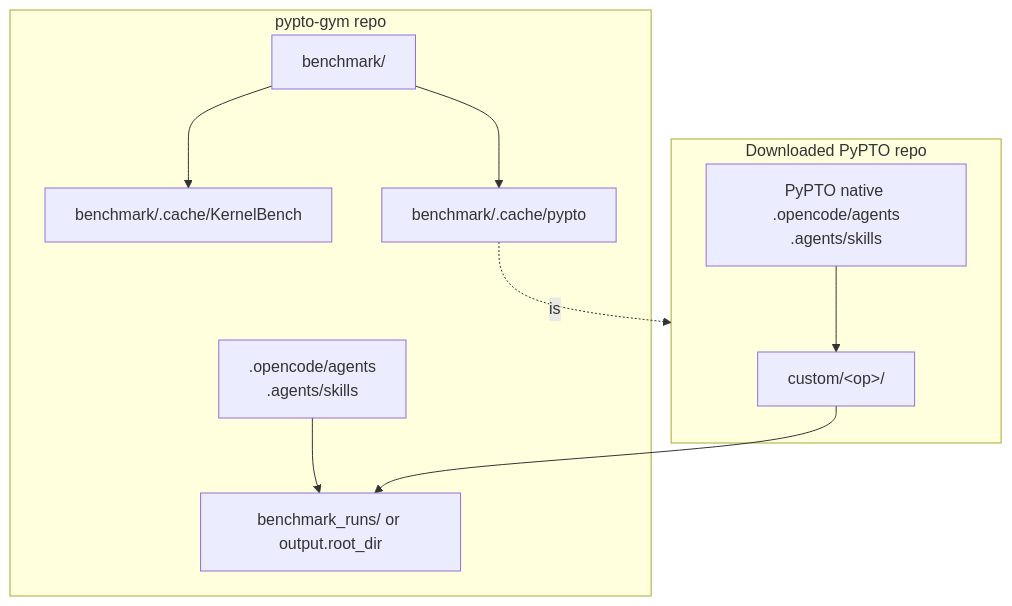
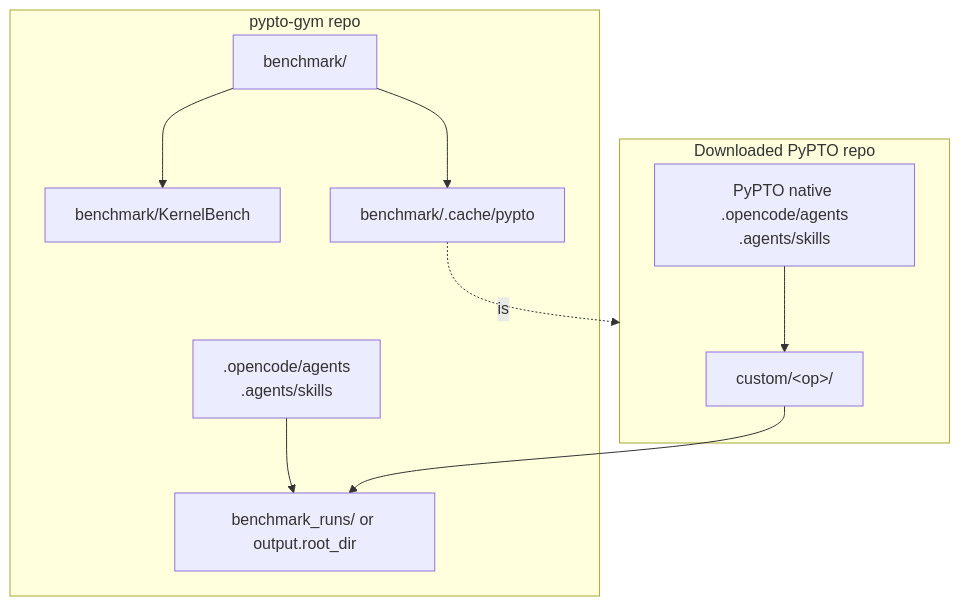
Before and after one commit to hicann/pypto-gym: the third of 3 diagrams in benchmark/docs/architecture.md, drawn with Mermaid. The commit also changed other lines of this file and 217 other files, not shown here.

````diff
--- a/benchmark/docs/architecture.md
+++ b/benchmark/docs/architecture.md
@@ -71,22 +71,22 @@
 ```mermaid
 flowchart TB
     subgraph GymRepo["pypto-gym repo"]
         Bench["benchmark/"]
         GymAgents[".opencode/agents<br/>.agents/skills"]
         Runs["benchmark_runs/ or output.root_dir"]
-        KB["benchmark/.cache/KernelBench"]
+        KB["benchmark/KernelBench"]
         PyCache["benchmark/.cache/pypto"]
     end
 
     subgraph PyPTO["Downloaded PyPTO repo"]
         Custom["custom/&lt;op&gt;/"]
         PyAgents["PyPTO native .opencode/agents<br/>.agents/skills"]
     end
 
     PyCache -. "is" .-> PyPTO
     Bench --> KB
     Bench --> PyCache
     PyAgents --> Custom
     GymAgents --> Runs
     Custom --> Runs
 ```
````
